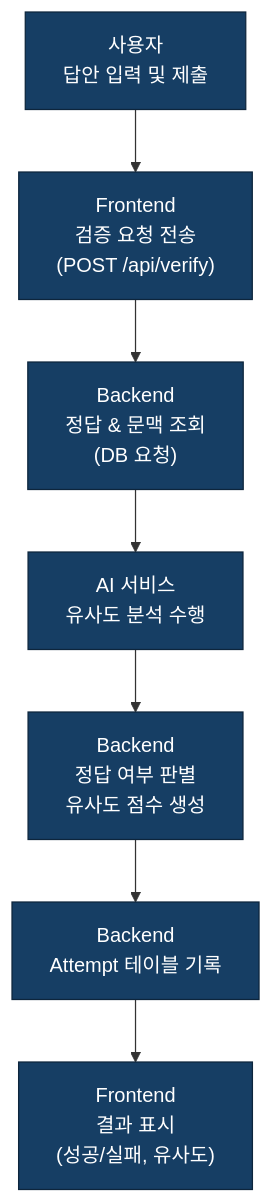
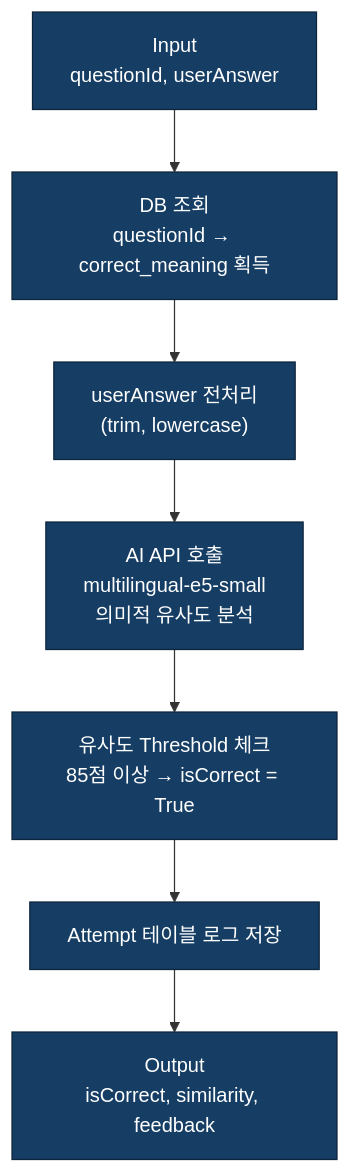
One commit to himchannnn/context_hunter changed the first of 3 diagrams in dataflow.md. Above: the diagram before and after it, drawn with Mermaid.

````diff
--- a/dataflow.md
+++ b/dataflow.md
@@ -1,21 +1,15 @@
 ```mermaid
 flowchart TD
 
-    classDef box fill:#163E64,stroke:#0d253c,stroke-width:1px,color:#ffffff
+    classDef step fill:#163E64,stroke:#0d253c,stroke-width:1px,color:#ffffff
 
-    User["사용자<br>답안 입력 및 제출"]:::box
+    Input["Input<br>questionId, userAnswer"]:::step
+    Query["DB 조회<br>questionId → correct_meaning 획득"]:::step
+    Preprocess["userAnswer 전처리<br>(trim, lowercase)"]:::step
+    AI["AI API 호출<br>multilingual-e5-small<br>의미적 유사도 분석"]:::step
+    Threshold["유사도 Threshold 체크<br>85점 이상 → isCorrect = True"]:::step
+    Log["Attempt 테이블 로그 저장"]:::step
+    Output["Output<br>isCorrect, similarity, feedback"]:::step
 
-    FE["Frontend<br>검증 요청 전송<br>(POST /api/verify)"]:::box
-
-    BE_Query["Backend<br>정답 & 문맥 조회<br>(DB 요청)"]:::box
-
-    AI["AI 서비스<br>유사도 분석 수행"]:::box
-
-    BE_Judge["Backend<br>정답 여부 판별<br>유사도 점수 생성"]:::box
-
-    BE_Save["Backend<br>Attempt 테이블 기록"]:::box
-
-    FE_Return["Frontend<br>결과 표시<br>(성공/실패, 유사도)"]:::box
-
-    User --> FE --> BE_Query --> AI --> BE_Judge --> BE_Save --> FE_Return
+    Input --> Query --> Preprocess --> AI --> Threshold --> Log --> Output
 ```
````
